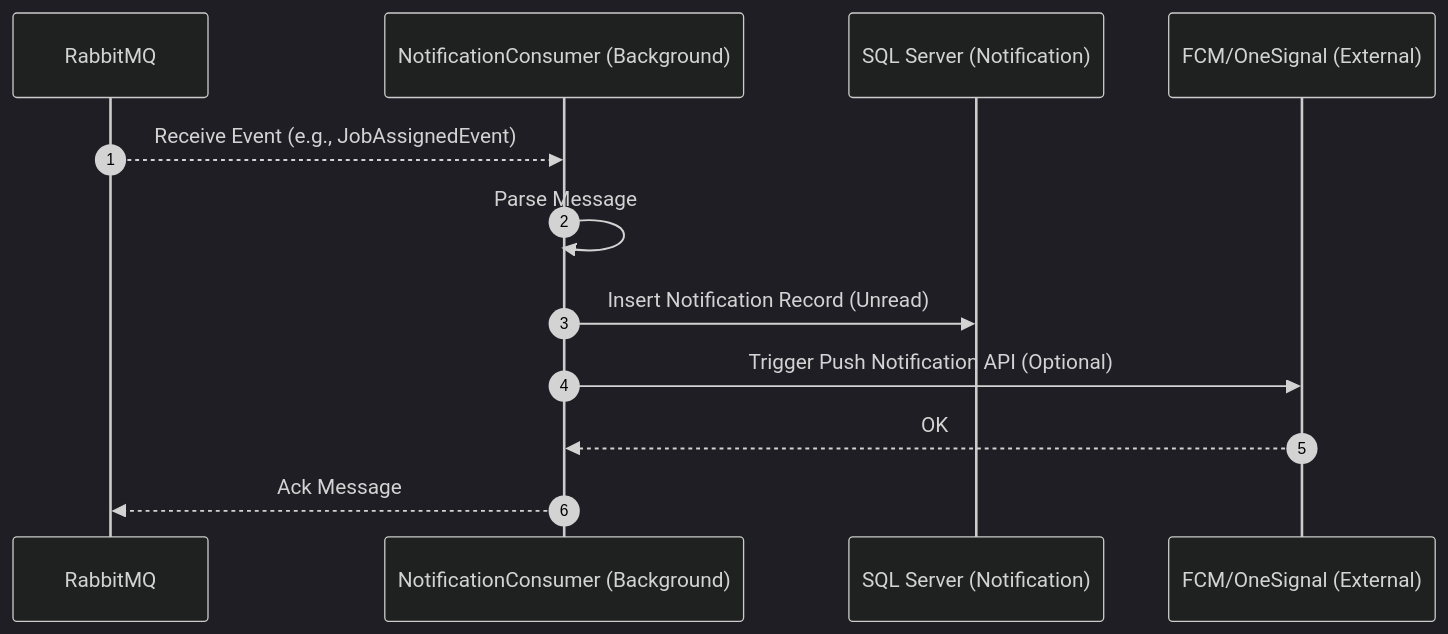
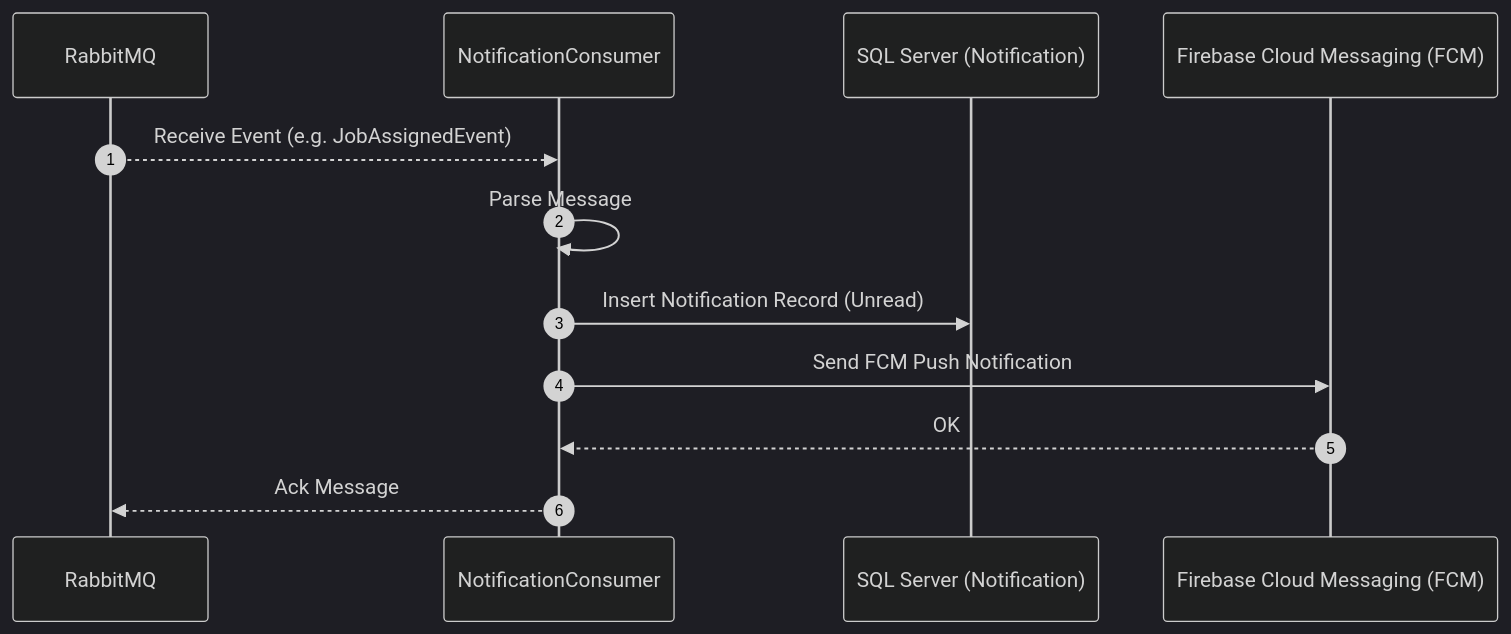
Before and after one commit to odealidj/minione-edcl-net: the eighth of 8 diagrams in docs/architecture/api-sequence-diagrams.md, drawn with Mermaid (dark theme). The commit also changed other lines of this file and 21 other files, not shown here.

````diff
--- a/docs/architecture/api-sequence-diagrams.md
+++ b/docs/architecture/api-sequence-diagrams.md
@@ -331,15 +267,15 @@
 ```mermaid
 sequenceDiagram
     autonumber
     participant Broker as RabbitMQ
-    participant Consumer as NotificationConsumer (Background)
+    participant Consumer as NotificationConsumer
     participant DB as SQL Server (Notification)
-    participant Push as FCM/OneSignal (External)
+    participant Push as Firebase Cloud Messaging (FCM)
 
-    Broker-->>Consumer: Receive Event (e.g., JobAssignedEvent)
+    Broker-->>Consumer: Receive Event (e.g. JobAssignedEvent)
     Consumer->>Consumer: Parse Message
     Consumer->>DB: Insert Notification Record (Unread)
-    Consumer->>Push: Trigger Push Notification API (Optional)
+    Consumer->>Push: Send FCM Push Notification
     Push-->>Consumer: OK
     Consumer-->>Broker: Ack Message
 ```
````
